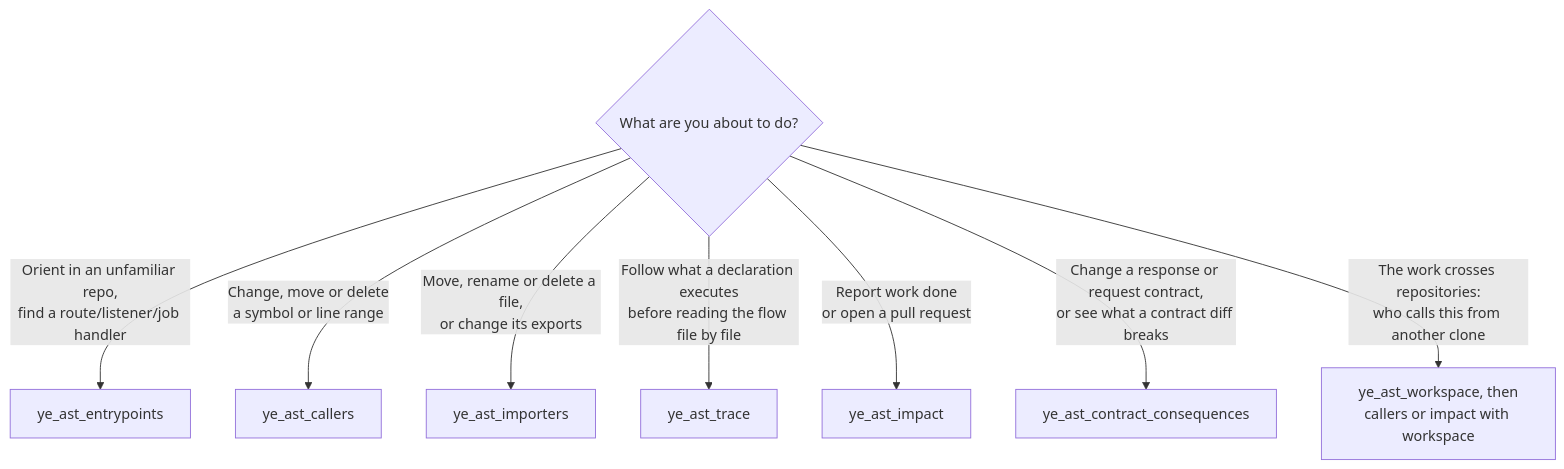
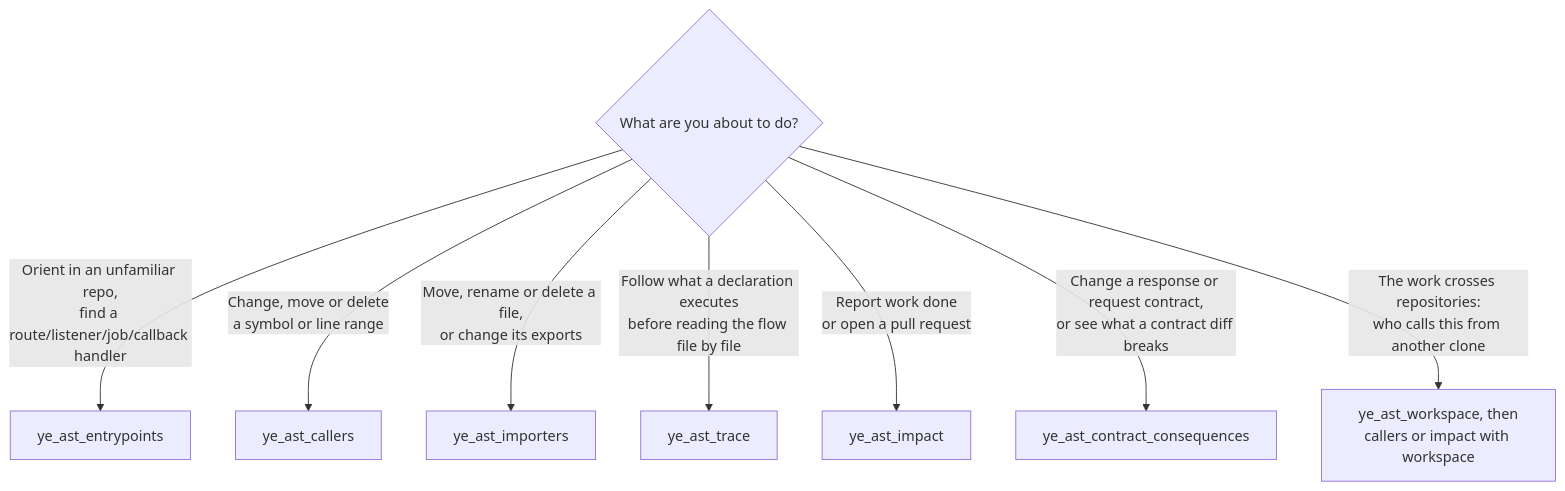
The second of 3 diagrams in README.md (ArielFalcon/ye-ast), drawn with Mermaid before and after one commit. The commit also changed other lines of this file and 20 other files, not shown here.

First line of the commit message:
feat(entrypoints): expose callback vocabulary across query surfaces

````diff
--- a/README.md
+++ b/README.md
@@ -264,11 +264,11 @@
 ```mermaid
 flowchart TD
     Q{"What are you about to do?"}
-    Q -->|"Orient in an unfamiliar repo,<br/>find a route/listener/job handler"| E["ye_ast_entrypoints"]
+    Q -->|"Orient in an unfamiliar repo,<br/>find a route/listener/job/callback handler"| E["ye_ast_entrypoints"]
     Q -->|"Change, move or delete<br/>a symbol or line range"| C["ye_ast_callers"]
     Q -->|"Move, rename or delete a file,<br/>or change its exports"| I["ye_ast_importers"]
     Q -->|"Follow what a declaration executes<br/>before reading the flow file by file"| T["ye_ast_trace"]
     Q -->|"Report work done<br/>or open a pull request"| P["ye_ast_impact"]
     Q -->|"Change a response or request contract,<br/>or see what a contract diff breaks"| K["ye_ast_contract_consequences"]
     Q -->|"The work crosses repositories:<br/>who calls this from another clone"| W["ye_ast_workspace, then<br/>callers or impact with workspace"]
 ```
````
